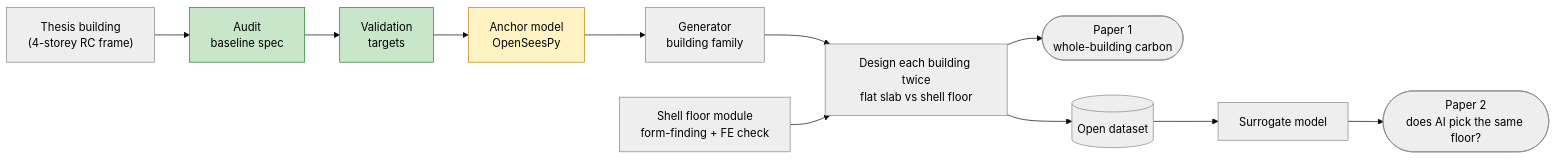
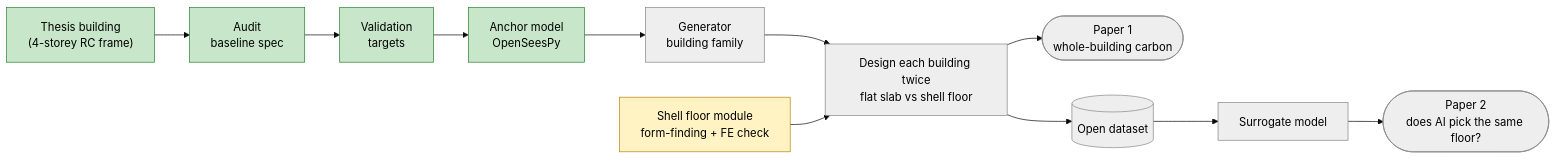
Before and after one commit to syednafizreja/ShellBench: the diagram in README.md, drawn with Mermaid (base theme). The commit also changed other lines of this file and 4 other files, not shown here.

Commit message:
Repo refresh: README status and roadmap, notes and data READMEs, pre-registration date, handoff (#79)

````diff
--- a/README.md
+++ b/README.md
@@ -22,19 +33,19 @@
 ```mermaid
 flowchart LR
     T["Thesis building<br/>(4-storey RC frame)"] --> A["Audit<br/>baseline spec"]
     A --> V["Validation<br/>targets"]
     V --> M["Anchor model<br/>OpenSeesPy"]
     M --> G["Generator<br/>building family"]
     G --> F["Design each building twice<br/>flat slab vs shell floor"]
     S["Shell floor module<br/>form-finding + FE check"] --> F
     F --> P1(["Paper 1<br/>whole-building carbon"])
     F --> D[("Open dataset")]
     D --> AI["Surrogate model"] --> P2(["Paper 2<br/>does AI pick the same floor?"])
 
     classDef done fill:#c8e6c9,stroke:#2e7d32,color:#000;
     classDef doing fill:#fff3c4,stroke:#b8860b,color:#000;
     classDef todo fill:#eeeeee,stroke:#888,color:#000;
-    class A,V done;
-    class M doing;
-    class T,G,S,F,D,AI,P1,P2 todo;
+    class T,A,V,M done;
+    class S doing;
+    class G,F,D,AI,P1,P2 todo;
 ```
````
